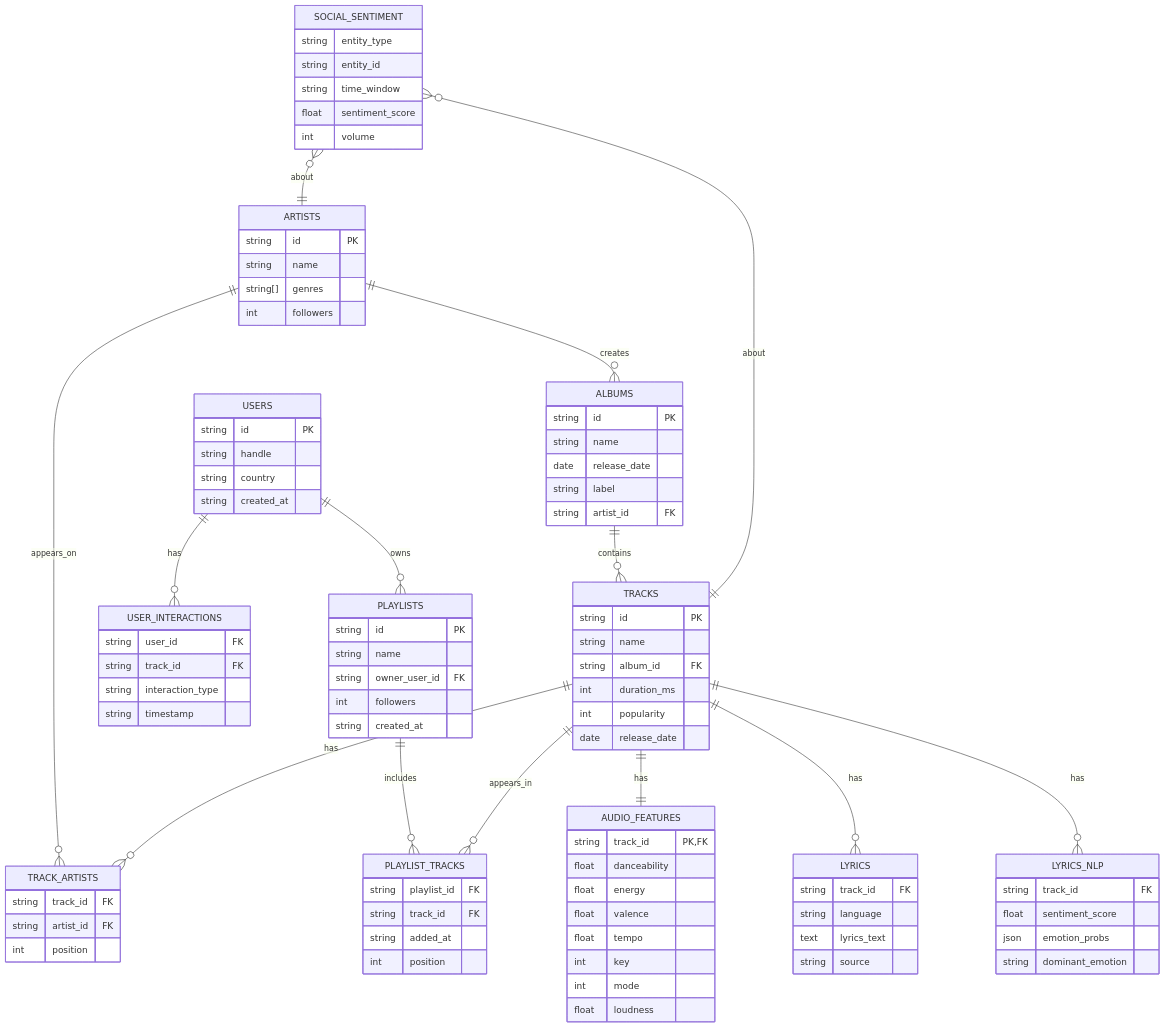
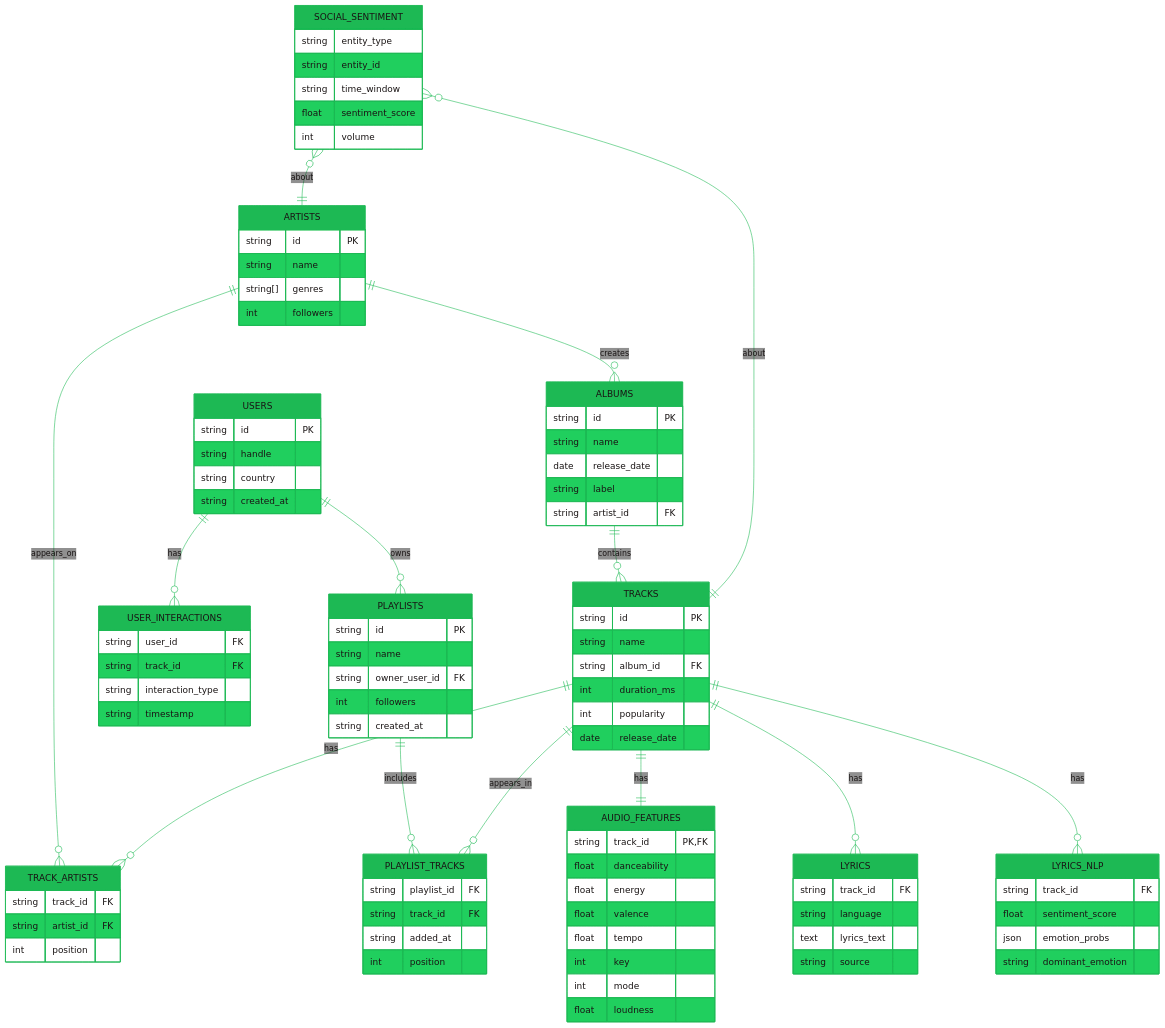
One commit to ivl-3000/mood-spotify-ml changed the diagram in docs/diagrams/spotify_erd.mmd. Above: the diagram before and after it, drawn with Mermaid.

Commit message:
docs(erd): style ER diagram with Spotify color theme

```diff
--- a/docs/diagrams/spotify_erd.mmd
+++ b/docs/diagrams/spotify_erd.mmd
@@ -1,111 +1,113 @@
+%%{init: { 'theme': 'base', 'themeVariables': { 'primaryColor': '#1DB954', 'primaryTextColor': '#191414', 'primaryBorderColor': '#1DB954', 'lineColor': '#1DB954', 'fontFamily': 'Inter, Arial', 'tertiaryColor': '#232323' } } }%%
 erDiagram
+  %% Spotify-style accents: green links, dark surfaces via themeVariables
   USERS ||--o{ PLAYLISTS : owns
   USERS ||--o{ USER_INTERACTIONS : has
 
   ARTISTS ||--o{ ALBUMS : creates
   ARTISTS ||--o{ TRACK_ARTISTS : appears_on
   TRACKS ||--o{ TRACK_ARTISTS : has
 
   ALBUMS ||--o{ TRACKS : contains
 
   PLAYLISTS ||--o{ PLAYLIST_TRACKS : includes
   TRACKS ||--o{ PLAYLIST_TRACKS : appears_in
 
   TRACKS ||--|| AUDIO_FEATURES : has
   TRACKS ||--o{ LYRICS : has
   TRACKS ||--o{ LYRICS_NLP : has
 
   SOCIAL_SENTIMENT }o--|| ARTISTS : about
   SOCIAL_SENTIMENT }o--|| TRACKS : about
 
   USERS {
     string id PK
     string handle
     string country
     string created_at
   }
 
   ARTISTS {
     string id PK
     string name
     string[] genres
     int followers
   }
 
   ALBUMS {
     string id PK
     string name
     date release_date
     string label
     string artist_id FK
   }
 
   TRACKS {
     string id PK
     string name
     string album_id FK
     int duration_ms
     int popularity
     date release_date
   }
 
   TRACK_ARTISTS {
     string track_id FK
     string artist_id FK
     int position
   }
 
   AUDIO_FEATURES {
     string track_id PK, FK
     float danceability
     float energy
     float valence
     float tempo
     int key
     int mode
     float loudness
   }
 
   PLAYLISTS {
     string id PK
     string name
     string owner_user_id FK
     int followers
     string created_at
   }
 
   PLAYLIST_TRACKS {
     string playlist_id FK
     string track_id FK
     string added_at
     int position
   }
 
   LYRICS {
     string track_id FK
     string language
     text lyrics_text
     string source
   }
 
   LYRICS_NLP {
     string track_id FK
     float sentiment_score
     json emotion_probs
     string dominant_emotion
   }
 
   SOCIAL_SENTIMENT {
     string entity_type
     string entity_id
     string time_window
     float sentiment_score
     int volume
   }
 
   USER_INTERACTIONS {
     string user_id FK
     string track_id FK
     string interaction_type
     string timestamp
   }
```
